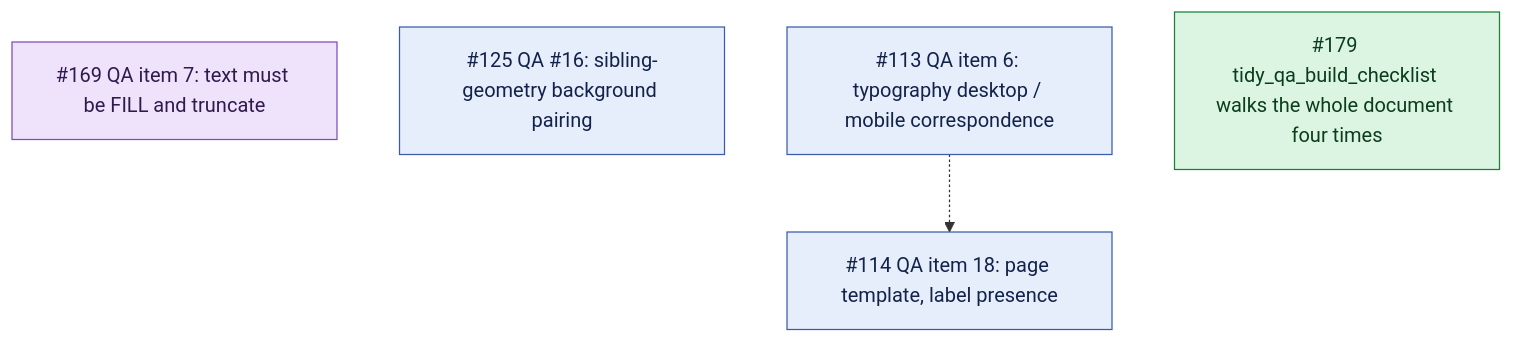
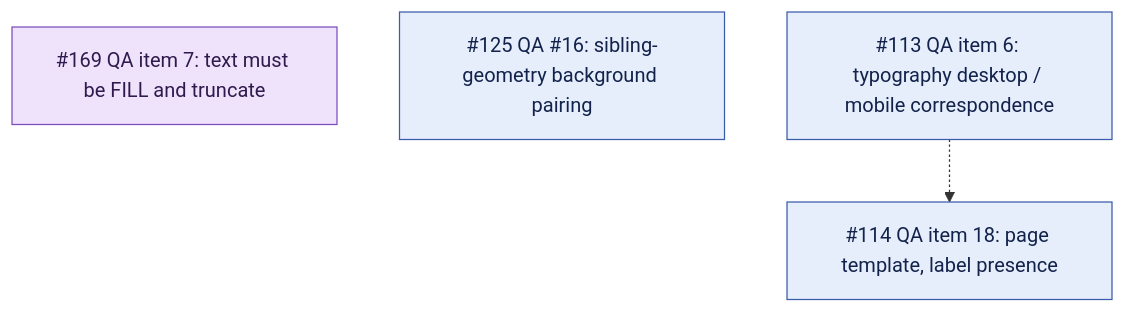
Before and after one commit to tidy-dev-team/tidy-ds-toolbox: the second of 5 diagrams in docs/open-issue-map.md, drawn with Mermaid. The commit also changed other lines of this file and 6 other files, not shown here.

````diff
--- a/docs/open-issue-map.md
+++ b/docs/open-issue-map.md
@@ -42,20 +34,18 @@
 ```mermaid
 flowchart TD
     I169["#169 QA item 7: text must be FILL and truncate"]
     I125["#125 QA #16: sibling-geometry background pairing"]
     I114["#114 QA item 18: page template, label presence"]
     I113["#113 QA item 6: typography desktop / mobile correspondence"]
-    I179["#179 tidy_qa_build_checklist walks the whole document four times"]
 
     I113 -.-> I114
 
     classDef ready fill:#dcf5e3,stroke:#1a7f37,color:#0b3d1c
     classDef work fill:#e6eefc,stroke:#3b5bab,color:#12224a
     classDef decision fill:#efe2fb,stroke:#7c4dbd,color:#301a4d
     classDef prd fill:#fdf1d6,stroke:#b07d10,color:#4a3306
     classDef bug fill:#fbe0e0,stroke:#b02a2a,color:#4a0d0d
 
-    class I179 ready
     class I169 decision
     class I125,I114,I113 work
 ```
````
